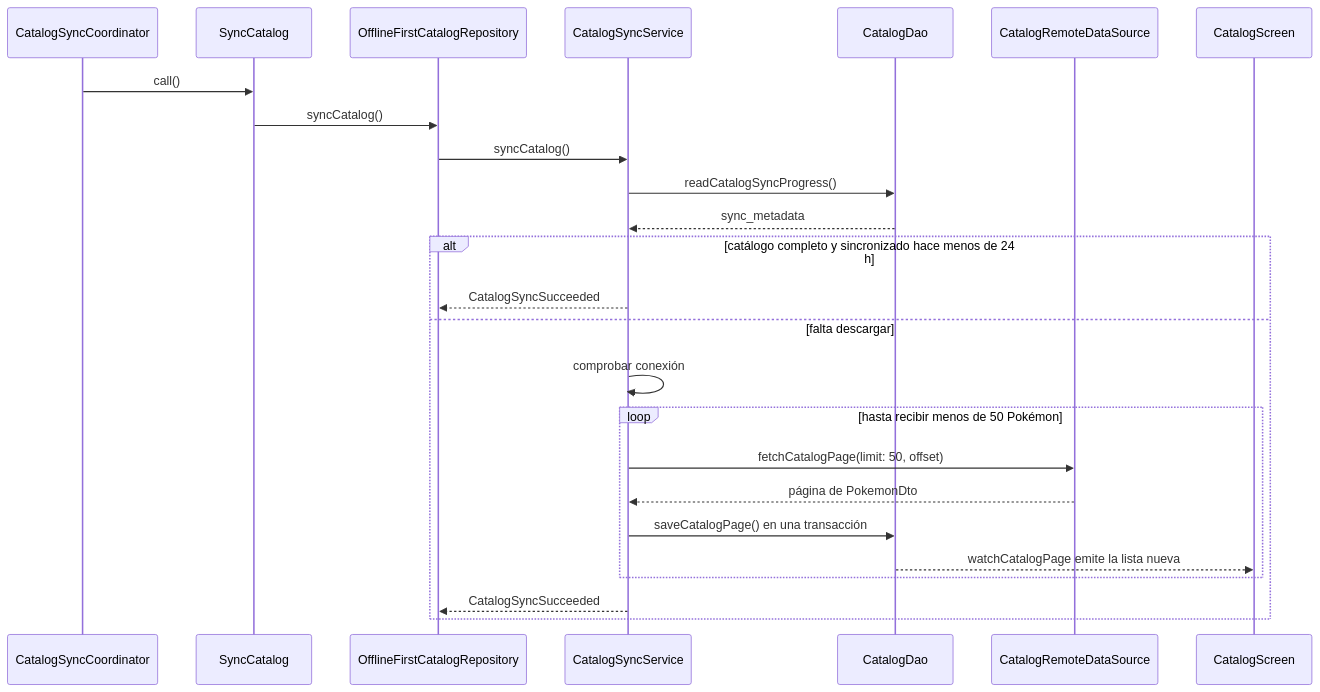
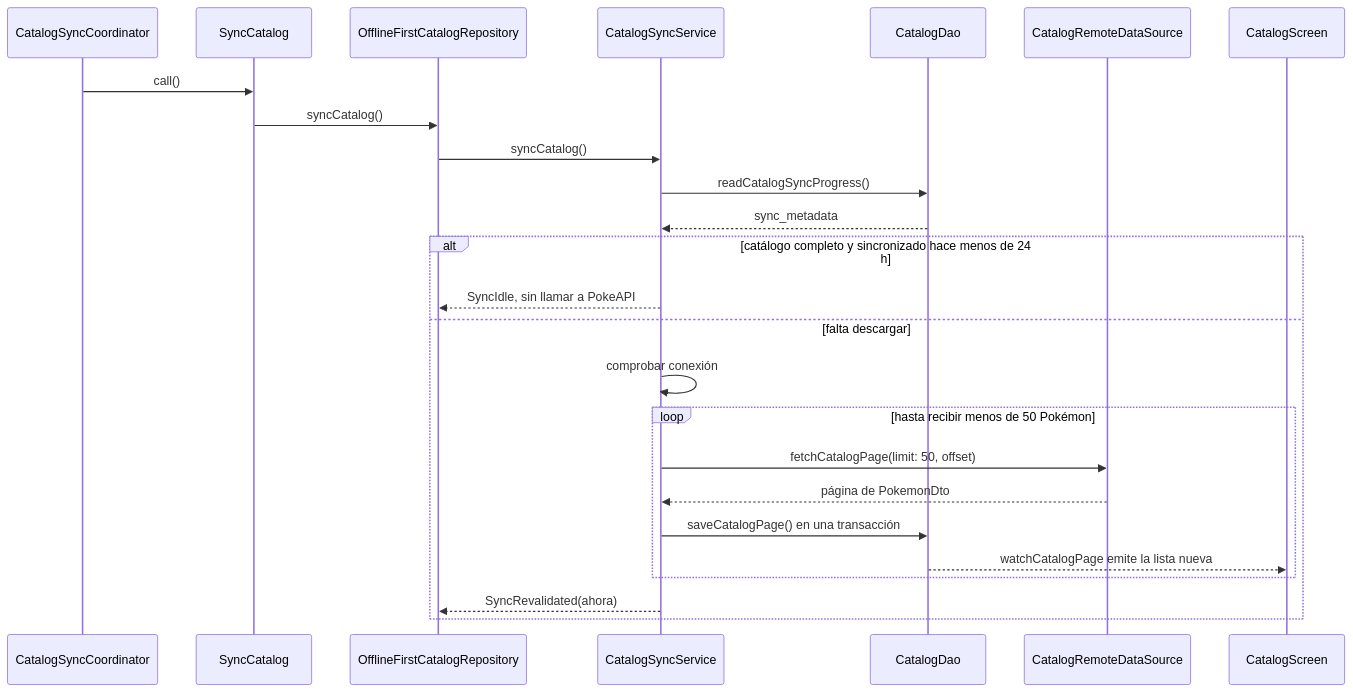
One commit to JoseHidalgoG/pokedex-flutter changed the second of 5 diagrams in docs/arquitectura.md. Above: the diagram before and after it, drawn with Mermaid. The commit also changed other lines of this file, not shown here.

Commit message:
docs(arquitectura): describir SyncStatus y la tabla de fallos

````diff
--- a/docs/arquitectura.md
+++ b/docs/arquitectura.md
@@ -77,28 +77,28 @@
 ```mermaid
 sequenceDiagram
   participant Coordinator as CatalogSyncCoordinator
   participant UseCase as SyncCatalog
   participant Repo as OfflineFirstCatalogRepository
   participant Sync as CatalogSyncService
   participant Dao as CatalogDao
   participant Remote as CatalogRemoteDataSource
   participant Screen as CatalogScreen
 
   Coordinator->>UseCase: call()
   UseCase->>Repo: syncCatalog()
   Repo->>Sync: syncCatalog()
   Sync->>Dao: readCatalogSyncProgress()
   Dao-->>Sync: sync_metadata
   alt catálogo completo y sincronizado hace menos de 24 h
-    Sync-->>Repo: CatalogSyncSucceeded
+    Sync-->>Repo: SyncIdle, sin llamar a PokeAPI
   else falta descargar
     Sync->>Sync: comprobar conexión
     loop hasta recibir menos de 50 Pokémon
       Sync->>Remote: fetchCatalogPage(limit: 50, offset)
       Remote-->>Sync: página de PokemonDto
       Sync->>Dao: saveCatalogPage() en una transacción
       Dao-->>Screen: watchCatalogPage emite la lista nueva
     end
-    Sync-->>Repo: CatalogSyncSucceeded
+    Sync-->>Repo: SyncRevalidated(ahora)
   end
 ```
````
